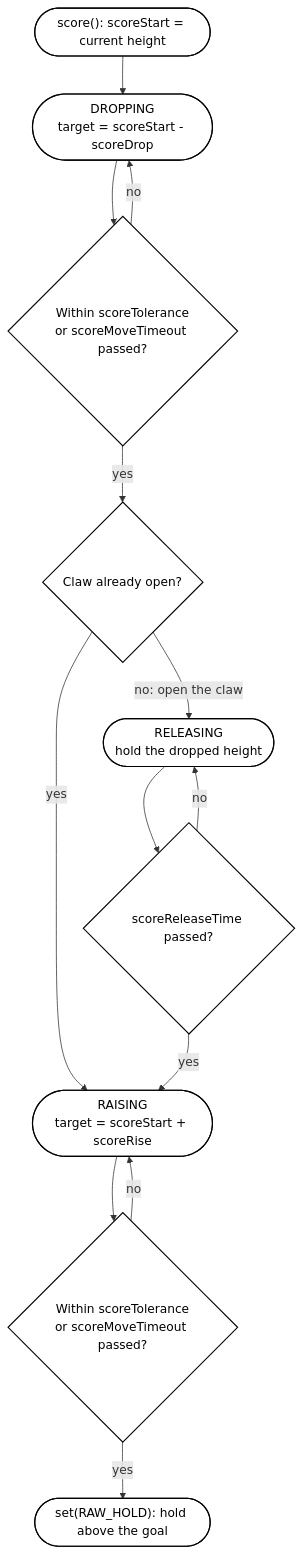
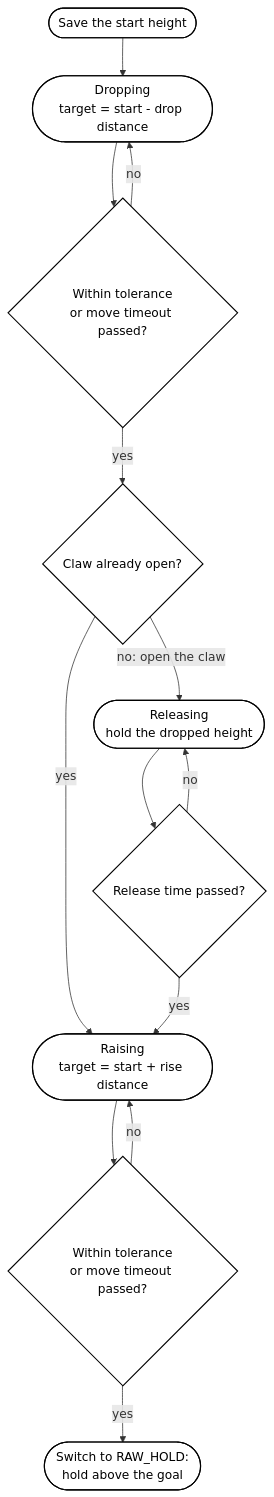
The second of 4 diagrams in docs/917x/Home/Robot 1/Prog - 1/Subsystems/Lift Notebook Pages.md (917X/917x-2027), drawn with Mermaid before and after one commit. The commit also changed other lines of this file, not shown here.

````diff
--- a/docs/917x/Home/Robot 1/Prog - 1/Subsystems/Lift Notebook Pages.md
+++ b/docs/917x/Home/Robot 1/Prog - 1/Subsystems/Lift Notebook Pages.md
@@ -466,18 +397,18 @@
 ```mermaid
 flowchart TD
-    S(["score(): scoreStart = current height"]) --> D(["DROPPING<br/>target = scoreStart - scoreDrop"])
-    D --> DQ{"Within scoreTolerance<br/>or scoreMoveTimeout passed?"}
+    S(["Save the start height"]) --> D(["Dropping<br/>target = start - drop distance"])
+    D --> DQ{"Within tolerance<br/>or move timeout passed?"}
     DQ -->|"no"| D
     DQ -->|"yes"| C{"Claw already open?"}
-    C -->|"yes"| R(["RAISING<br/>target = scoreStart + scoreRise"])
-    C -->|"no: open the claw"| L(["RELEASING<br/>hold the dropped height"])
-    L --> LQ{"scoreReleaseTime passed?"}
+    C -->|"yes"| R(["Raising<br/>target = start + rise distance"])
+    C -->|"no: open the claw"| L(["Releasing<br/>hold the dropped height"])
+    L --> LQ{"Release time passed?"}
     LQ -->|"no"| L
     LQ -->|"yes"| R
-    R --> RQ{"Within scoreTolerance<br/>or scoreMoveTimeout passed?"}
+    R --> RQ{"Within tolerance<br/>or move timeout passed?"}
     RQ -->|"no"| R
-    RQ -->|"yes"| H(["set(RAW_HOLD): hold above the goal"])
+    RQ -->|"yes"| H(["Switch to RAW_HOLD:<br/>hold above the goal"])
 
     classDef st fill:#ffffff,stroke:#000000,stroke-width:1.5px,color:#000000
     class S,D,R,L,H,DQ,C,LQ,RQ st
 ```
````
